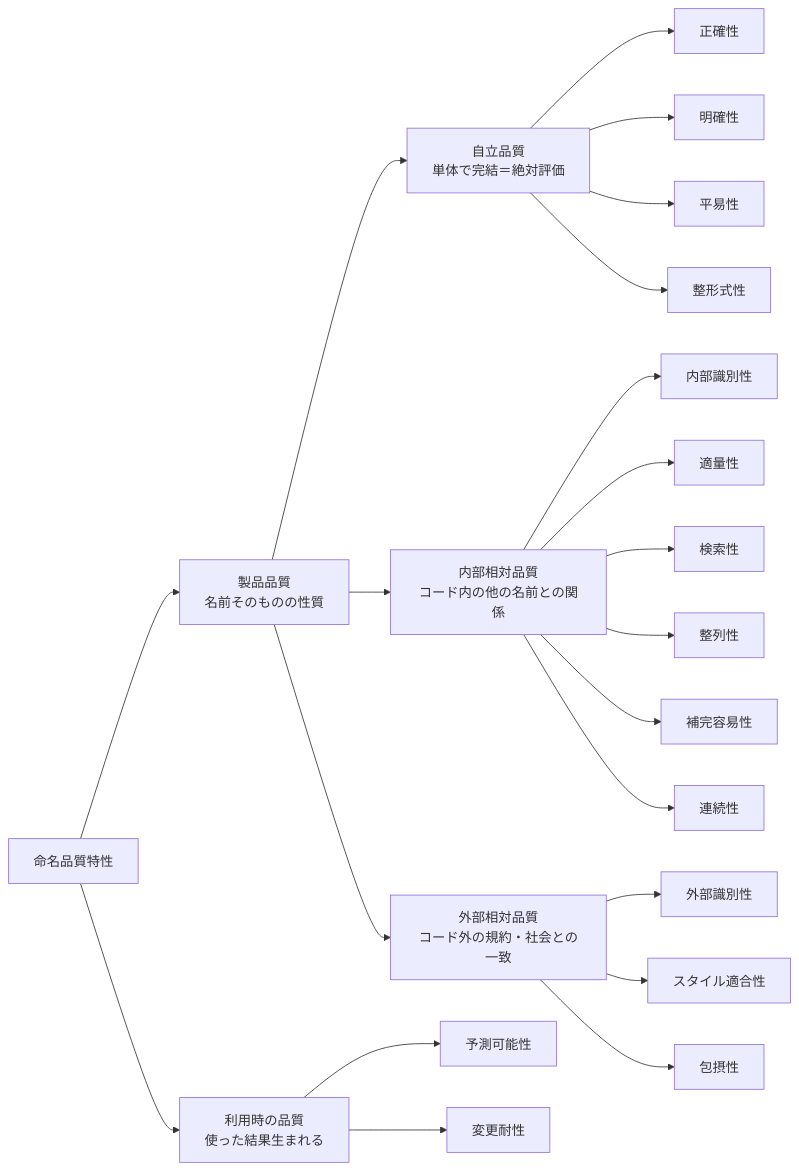
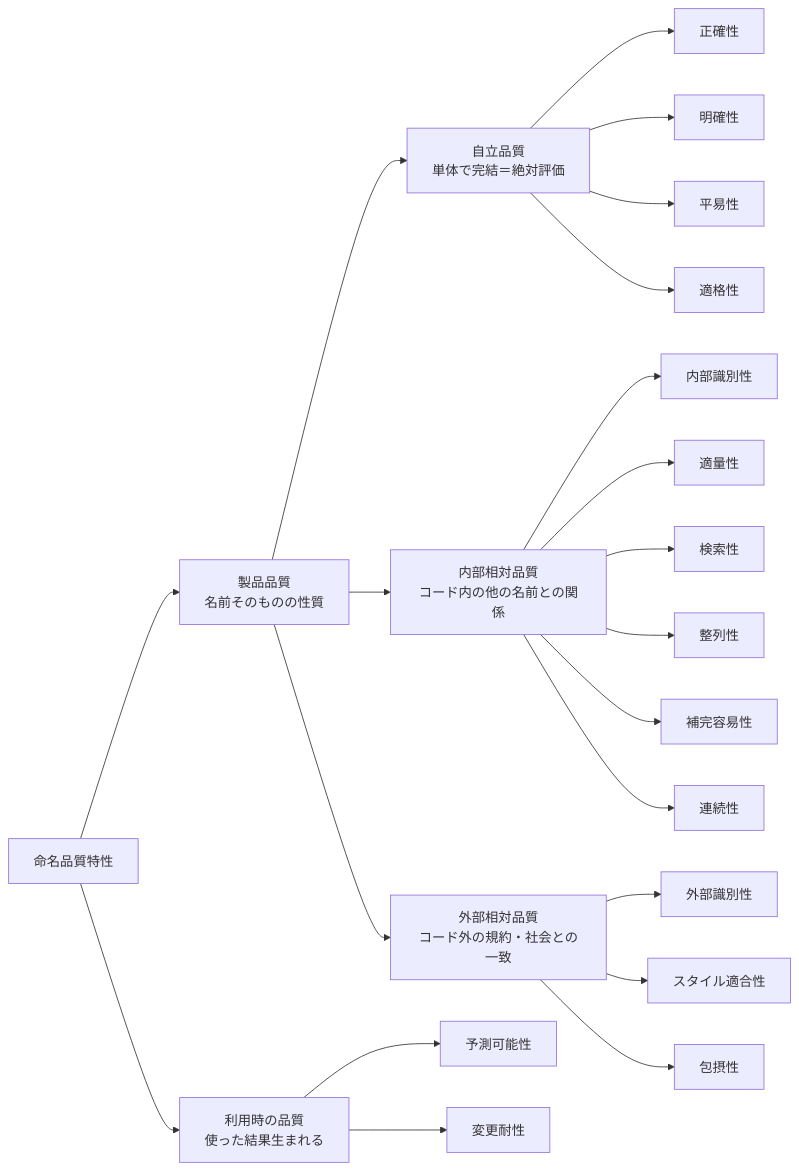
The diagram in articles/naming-quality-characteristics.md (kagankan/zenn-articles), drawn with Mermaid before and after one commit. The commit also changed other lines of this file and 2 other files, not shown here.

````diff
--- a/articles/naming-quality-characteristics.md
+++ b/articles/naming-quality-characteristics.md
@@ -15,30 +15,30 @@
 ```mermaid
 graph LR
   R[命名品質特性]
 
   R --> P[製品品質<br/>名前そのものの性質]
   R --> U[利用時の品質<br/>使った結果生まれる]
 
   P --> A[自立品質<br/>単体で完結＝絶対評価]
   P --> I[内部相対品質<br/>コード内の他の名前との関係]
   P --> E[外部相対品質<br/>コード外の規約・社会との一致]
 
   A --> A1[正確性]
   A --> A2[明確性]
   A --> A3[平易性]
-  A --> A4[整形式性]
+  A --> A4[適格性]
 
   I --> I1[内部識別性]
   I --> I2[適量性]
   I --> I3[検索性]
   I --> I4[整列性]
   I --> I5[補完容易性]
   I --> I6[連続性]
 
   E --> E1[外部識別性]
   E --> E2[スタイル適合性]
   E --> E3[包摂性]
 
   U --> U1[予測可能性]
   U --> U2[変更耐性]
 ```
````
